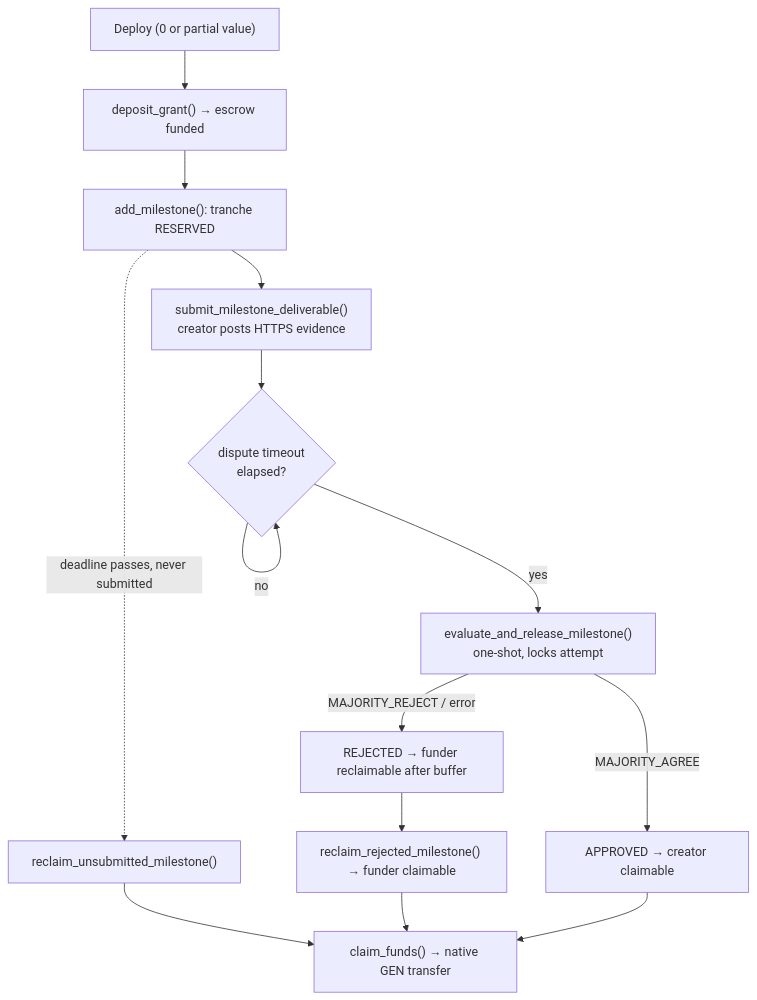
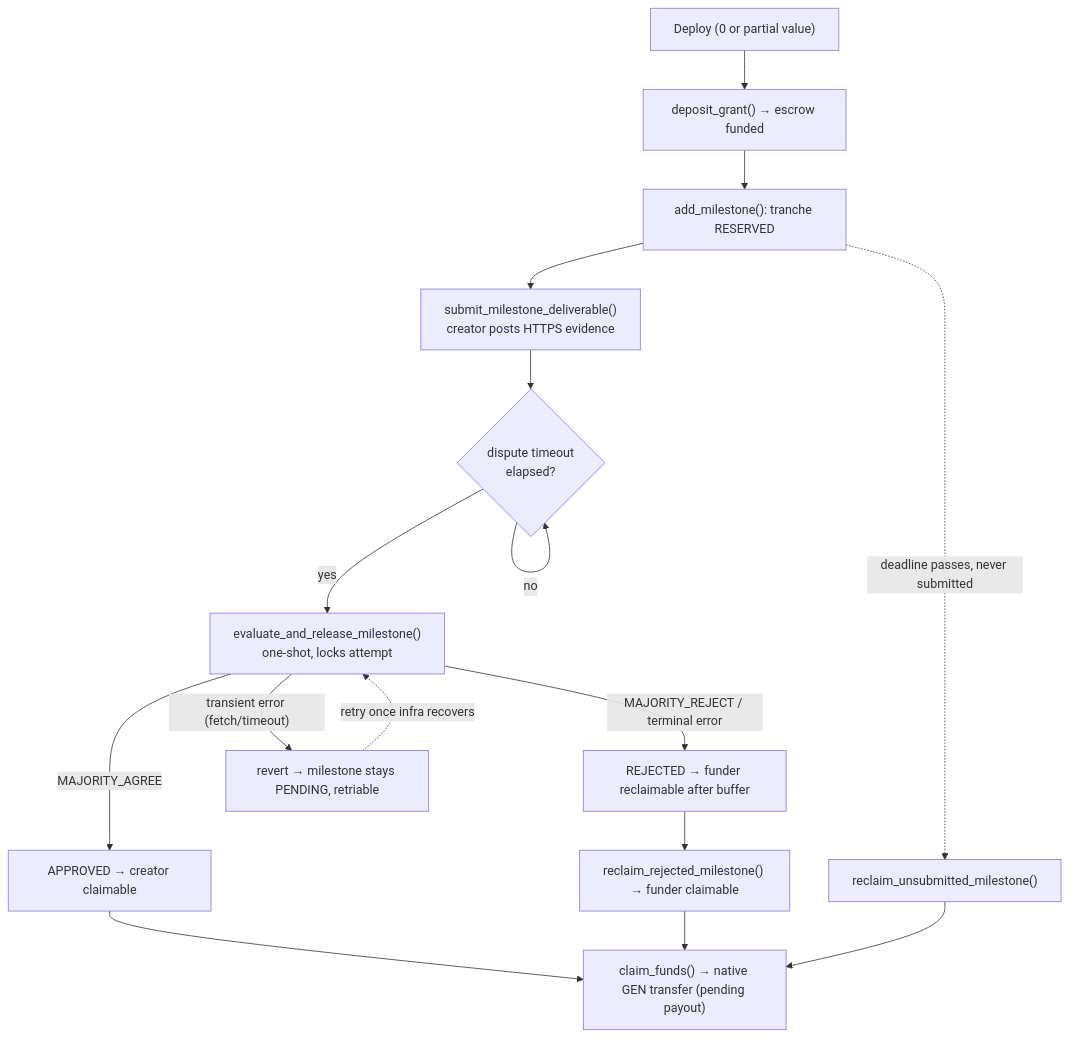
Before and after one commit to moltaphet/AIVentureEscrow: the diagram in README.md, drawn with Mermaid. The commit also changed other lines of this file and 6 other files, not shown here.

Commit message:
fix: address steward feedback (deposit_grant flow, UI funding separation, and transient error hardening)

````diff
--- a/README.md
+++ b/README.md
@@ -58,16 +58,18 @@
 ```mermaid
 flowchart TD
     A["Deploy (0 or partial value)"] --> B["deposit_grant() → escrow funded"]
     B --> C["add_milestone(): tranche RESERVED"]
     C --> D["submit_milestone_deliverable()<br/>creator posts HTTPS evidence"]
     D --> E{"dispute timeout<br/>elapsed?"}
     E -- "no" --> E
     E -- "yes" --> F["evaluate_and_release_milestone()<br/>one-shot, locks attempt"]
     F -- "MAJORITY_AGREE" --> G["APPROVED → creator claimable"]
-    F -- "MAJORITY_REJECT / error" --> H["REJECTED → funder reclaimable after buffer"]
-    G --> I["claim_funds() → native GEN transfer"]
+    F -- "MAJORITY_REJECT / terminal error" --> H["REJECTED → funder reclaimable after buffer"]
+    F -- "transient error (fetch/timeout)" --> L["revert → milestone stays PENDING, retriable"]
+    L -. "retry once infra recovers" .-> F
+    G --> I["claim_funds() → native GEN transfer (pending payout)"]
     H --> J["reclaim_rejected_milestone() → funder claimable"]
     J --> I
     C -. "deadline passes, never submitted" .-> K["reclaim_unsubmitted_milestone()"]
     K --> I
 ```
````
